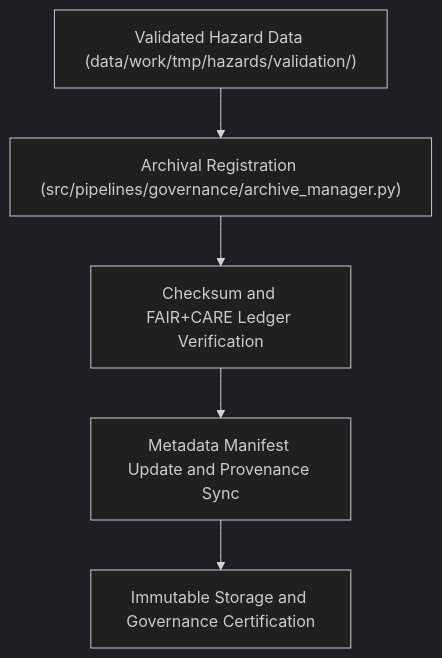
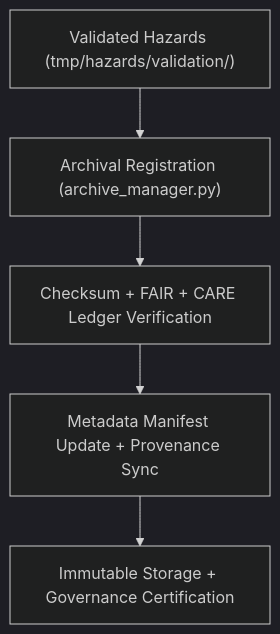
One commit to bartytime4life/Kansas-Frontier-Matrix changed the diagram in data/work/tmp/hazards/archive/README.md. Above: the diagram before and after it, drawn with Mermaid (dark theme). The commit also changed other lines of this file, not shown here.

````diff
--- a/data/work/tmp/hazards/archive/README.md
+++ b/data/work/tmp/hazards/archive/README.md
@@ -66,7 +67,7 @@
 ```mermaid
 flowchart TD
-    A["Validated Hazard Data (data/work/tmp/hazards/validation/)"] --> B["Archival Registration (src/pipelines/governance/archive_manager.py)"]
-    B --> C["Checksum and FAIR+CARE Ledger Verification"]
-    C --> D["Metadata Manifest Update and Provenance Sync"]
-    D --> E["Immutable Storage and Governance Certification"]
+    A["Validated Hazards (tmp/hazards/validation/)"] --> B["Archival Registration (archive_manager.py)"]
+    B --> C["Checksum + FAIR + CARE Ledger Verification"]
+    C --> D["Metadata Manifest Update + Provenance Sync"]
+    D --> E["Immutable Storage + Governance Certification"]
 ```
````
